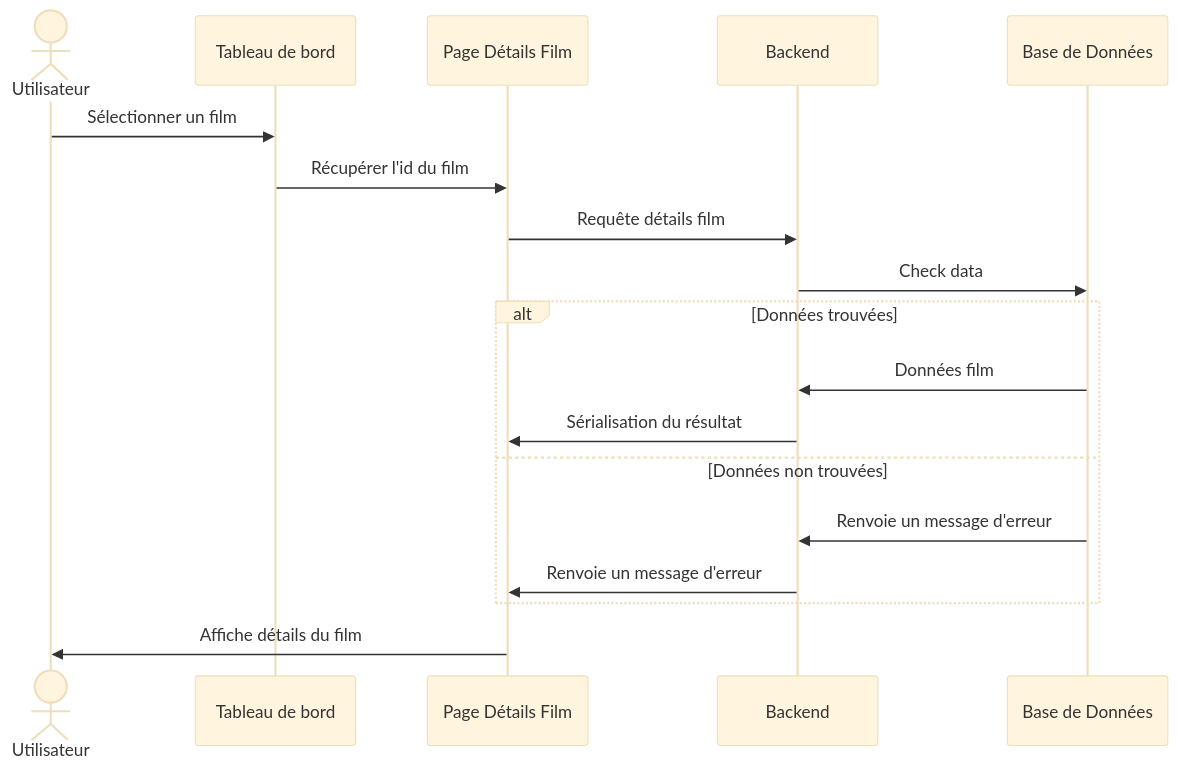
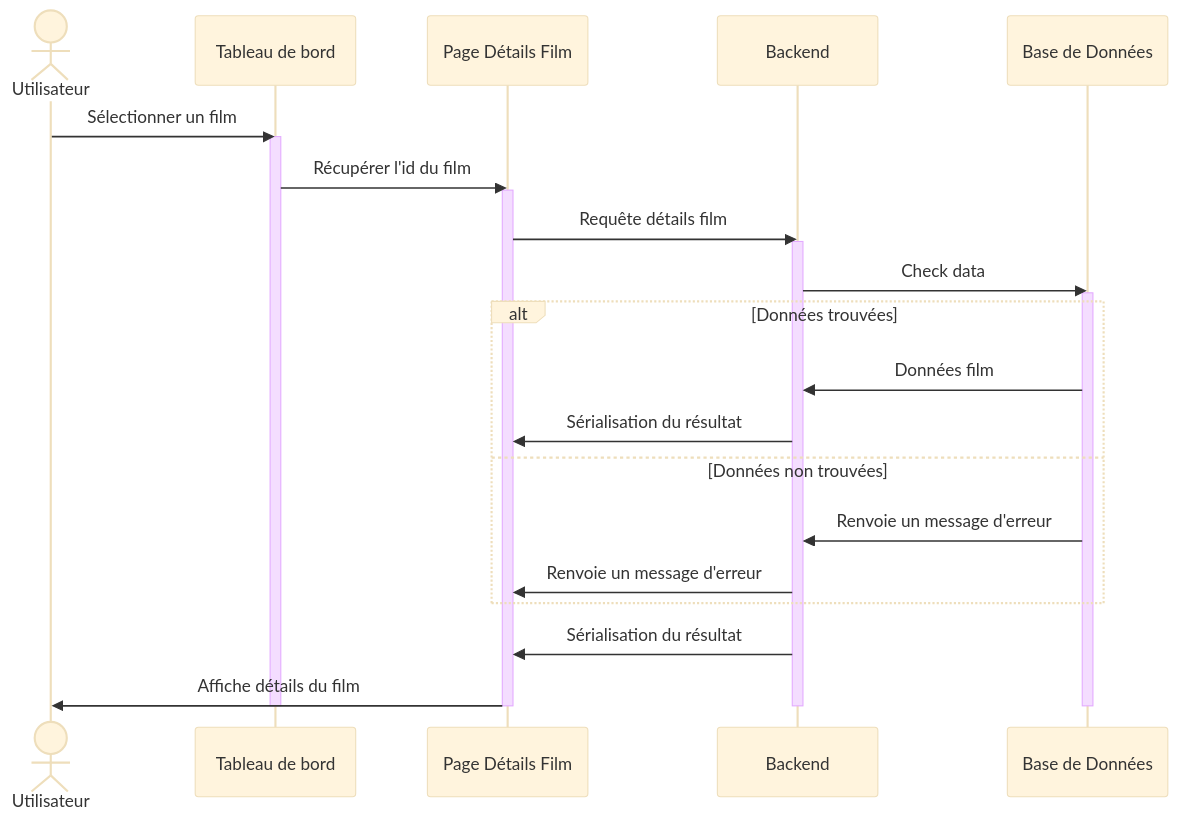
Before and after one commit to St4r4x/MovieMania: the diagram in docs/conception/sequence_diagrams/conception/movie_details.md, drawn with Mermaid (base theme). The commit also changed 1 other file, not shown here.

Commit message:
chore: Update movie details sequence diagram and fix bug in movie details retrieval

````diff
--- a/docs/conception/sequence_diagrams/conception/movie_details.md
+++ b/docs/conception/sequence_diagrams/conception/movie_details.md
@@ -1,21 +1,30 @@
 ```mermaid
 sequenceDiagram
     actor Utilisateur
     participant Dashboard as Tableau de bord
     participant Dialogue as Page Détails Film
     participant Controleur as Backend
     participant Entite as Base de Données
 
     Utilisateur ->> Dashboard: Sélectionner un film
+    activate Dashboard
     Dashboard ->> Dialogue: Récupérer l'id du film
+    activate Dialogue
     Dialogue ->> Controleur: Requête détails film
+    activate Controleur
     Controleur ->> Entite: Check data
+    activate Entite
     alt Données trouvées
         Entite ->> Controleur: Données film
         Controleur ->> Dialogue: Sérialisation du résultat
     else Données non trouvées
         Entite ->> Controleur: Renvoie un message d'erreur
         Controleur ->> Dialogue: Renvoie un message d'erreur
     end
+    Controleur ->> Dialogue: Sérialisation du résultat
     Dialogue ->> Utilisateur: Affiche détails du film
+    deactivate Entite
+    deactivate Controleur
+    deactivate Dialogue
+    deactivate Dashboard
 ```
````
